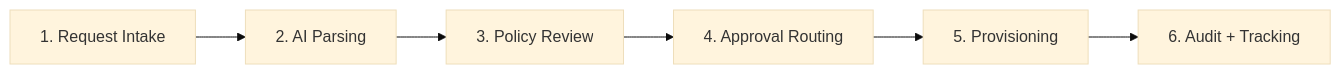
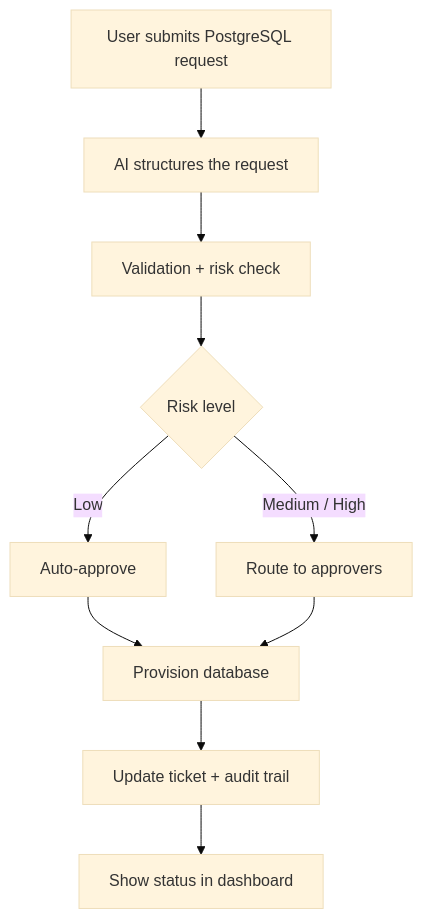
The diagram in README.md (hxrish04/stackgate), drawn with Mermaid (base theme) before and after one commit.

Commit message:
Fix README system diagram

````diff
--- a/README.md
+++ b/README.md
@@ -9,8 +9,15 @@
 ```mermaid
-flowchart LR
-    A["1. Request Intake"] --> B["2. AI Parsing"]
-    B --> C["3. Policy Review"]
-    C --> D["4. Approval Routing"]
-    D --> E["5. Provisioning"]
-    E --> F["6. Audit + Tracking"]
+flowchart TD
+    A["User submits PostgreSQL request"] --> B["AI structures the request"]
+    B --> C["Validation + risk check"]
+    C --> D{"Risk level"}
+
+    D -->|Low| E["Auto-approve"]
+    D -->|Medium / High| F["Route to approvers"]
+
+    E --> G["Provision database"]
+    F --> G
+
+    G --> H["Update ticket + audit trail"]
+    H --> I["Show status in dashboard"]
 ```
````
